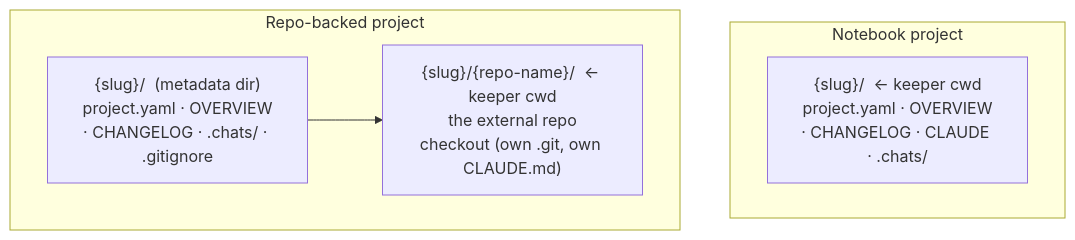
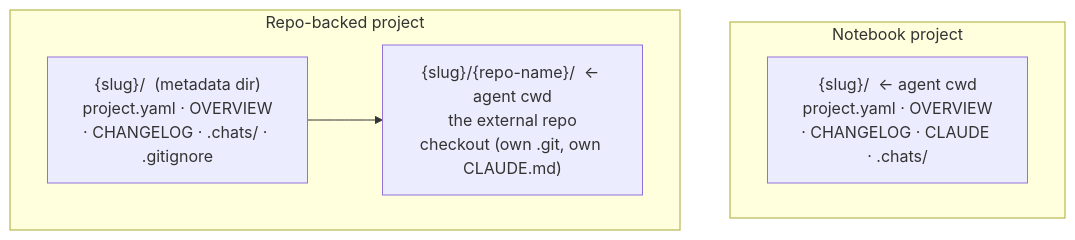
Before and after one commit to edspencer/paddock: the diagram in docs/concepts/projects.md, drawn with Mermaid. The commit also changed other lines of this file and 53 other files, not shown here.

````diff
--- a/docs/concepts/projects.md
+++ b/docs/concepts/projects.md
@@ -75,11 +75,11 @@
 ```mermaid
 flowchart TB
   subgraph Notebook["Notebook project"]
-    N["{slug}/  ← keeper cwd\n project.yaml · OVERVIEW · CHANGELOG · CLAUDE · .chats/"]
+    N["{slug}/  ← agent cwd\n project.yaml · OVERVIEW · CHANGELOG · CLAUDE · .chats/"]
   end
   subgraph Repo["Repo-backed project"]
     D["{slug}/  (metadata dir)\n project.yaml · OVERVIEW · CHANGELOG · .chats/ · .gitignore"]
-    Ck["{slug}/{repo-name}/  ← keeper cwd\n the external repo checkout (own .git, own CLAUDE.md)"]
+    Ck["{slug}/{repo-name}/  ← agent cwd\n the external repo checkout (own .git, own CLAUDE.md)"]
     D --> Ck
   end
 ```
````
